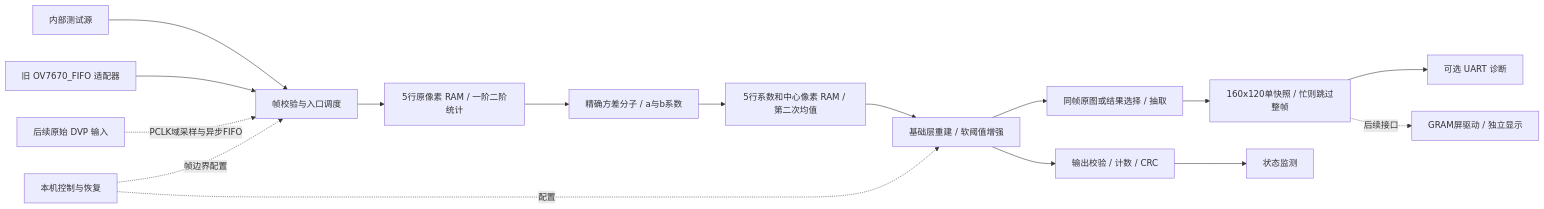
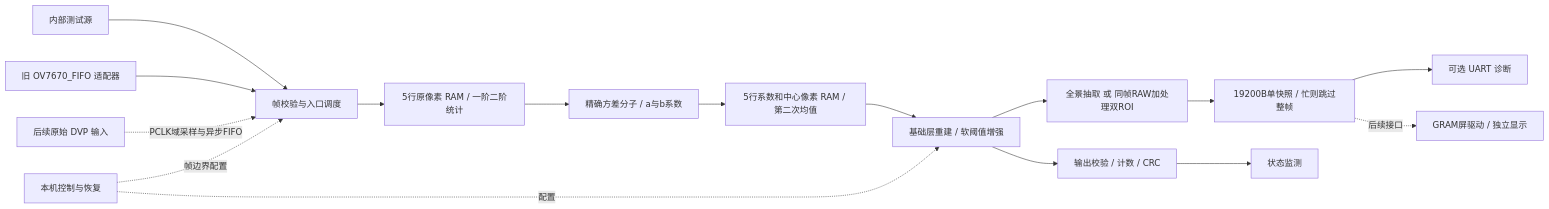
Before and after one commit to infr025t/fpga2026: the diagram in stream_video_enhance/docs/spec.md, drawn with Mermaid. The commit also changed other lines of this file and 3 other files, not shown here.

````diff
--- a/stream_video_enhance/docs/spec.md
+++ b/stream_video_enhance/docs/spec.md
@@ -57,18 +59,18 @@
 ```mermaid
 flowchart LR
   T[内部测试源] --> V[帧校验与入口调度]
   C[旧 OV7670_FIFO 适配器] --> V
   N[后续原始 DVP 输入] -.PCLK域采样与异步FIFO.-> V
   V --> M[5行原像素 RAM / 一阶二阶统计]
   M --> A[精确方差分子 / a与b系数]
   A --> S[5行系数和中心像素 RAM / 第二次均值]
   S --> B[基础层重建 / 软阈值增强]
   B --> K[输出校验 / 计数 / CRC]
-  B --> P[同帧原图或结果选择 / 抽取]
-  P --> Q[160x120单快照 / 忙则跳过整帧]
+  B --> P[全景抽取 或 同帧RAW加处理双ROI]
+  P --> Q[19200B单快照 / 忙则跳过整帧]
   Q --> U[可选 UART 诊断]
   Q -.后续接口.-> D[GRAM屏驱动 / 独立显示]
   CTRL[本机控制与恢复] -.帧边界配置.-> V
   CTRL -.配置.-> B
   K --> MON[状态监测]
 ```
````
